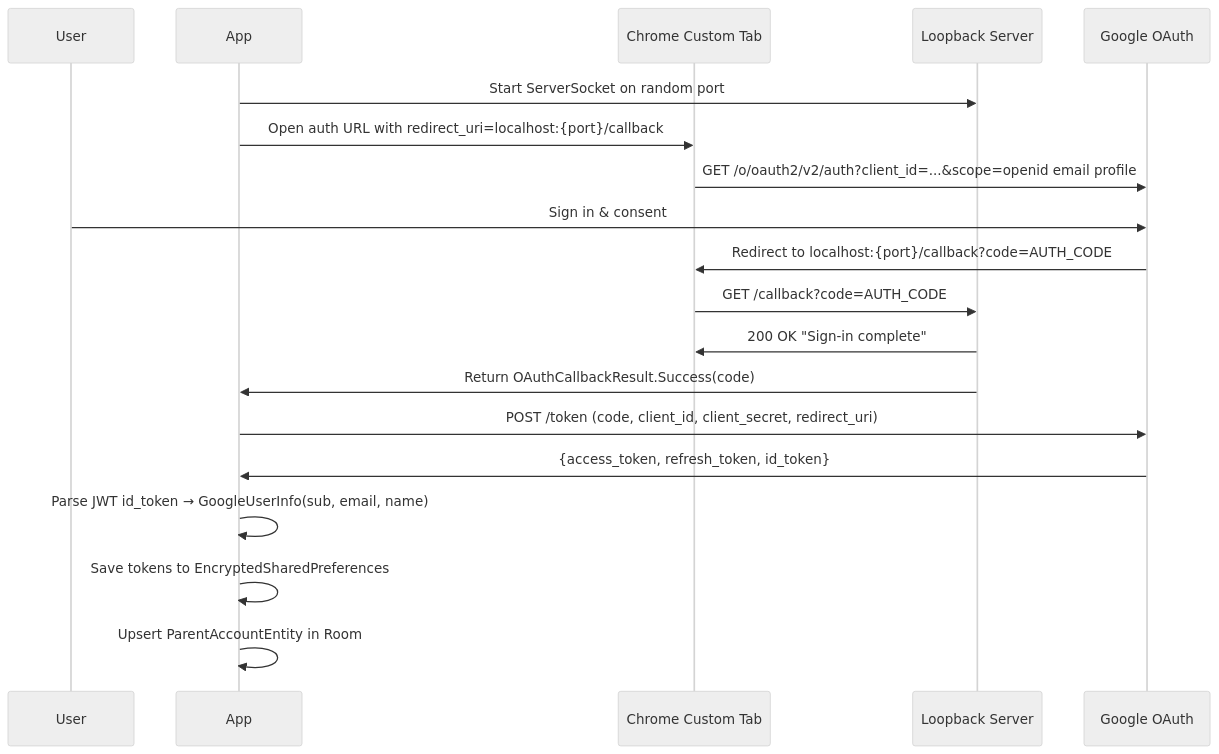
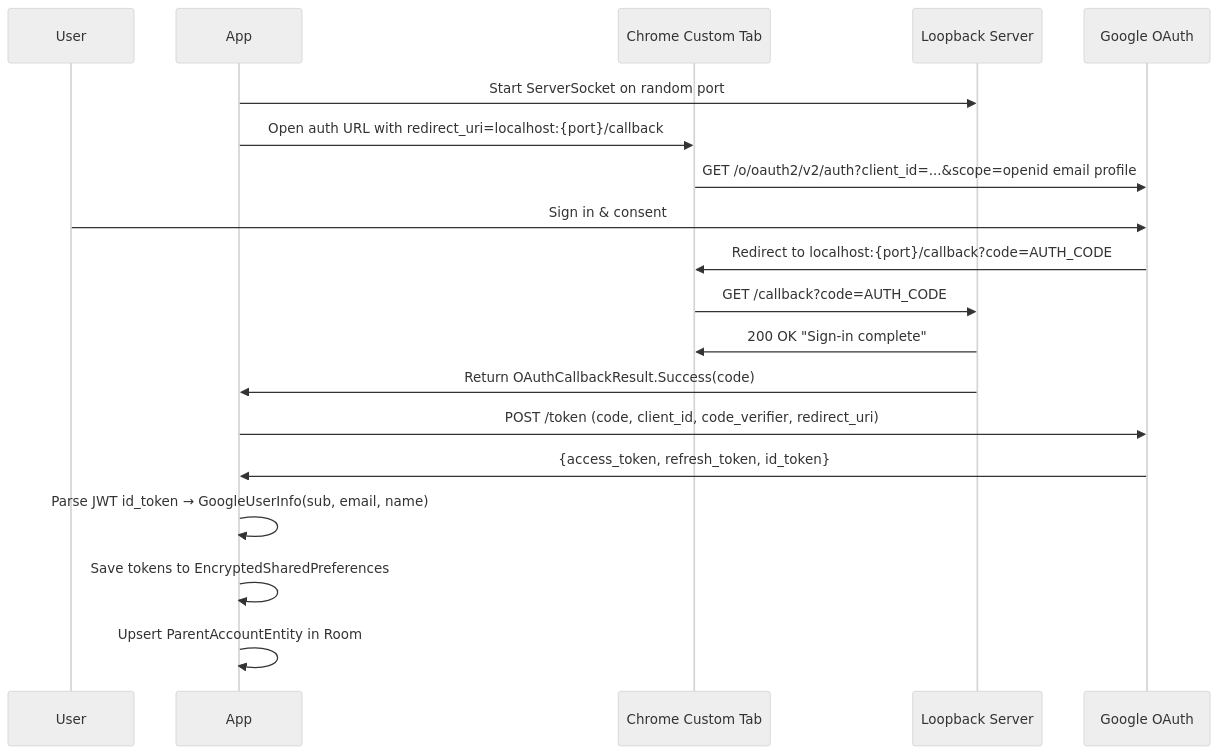
Before and after one commit to degipe/YouTubeWhitelist: the fourth of 5 diagrams in docs/LLD.md, drawn with Mermaid (neutral theme). The commit also changed other lines of this file and 8 other files, not shown here.

Commit message:
docs: disclose Invidious in privacy policy, fix OAuth/PKCE wording, mark deferred features, drop stale client-secret refs

````diff
--- a/docs/LLD.md
+++ b/docs/LLD.md
@@ -633,22 +633,22 @@
 ```mermaid
 sequenceDiagram
     participant User
     participant App
     participant CCT as Chrome Custom Tab
     participant Server as Loopback Server
     participant Google as Google OAuth
 
     App->>Server: Start ServerSocket on random port
     App->>CCT: Open auth URL with redirect_uri=localhost:{port}/callback
     CCT->>Google: GET /o/oauth2/v2/auth?client_id=...&scope=openid email profile
     User->>Google: Sign in & consent
     Google->>CCT: Redirect to localhost:{port}/callback?code=AUTH_CODE
     CCT->>Server: GET /callback?code=AUTH_CODE
     Server->>CCT: 200 OK "Sign-in complete"
     Server->>App: Return OAuthCallbackResult.Success(code)
-    App->>Google: POST /token (code, client_id, client_secret, redirect_uri)
+    App->>Google: POST /token (code, client_id, code_verifier, redirect_uri)
     Google->>App: {access_token, refresh_token, id_token}
     App->>App: Parse JWT id_token → GoogleUserInfo(sub, email, name)
     App->>App: Save tokens to EncryptedSharedPreferences
     App->>App: Upsert ParentAccountEntity in Room
 ```
````
